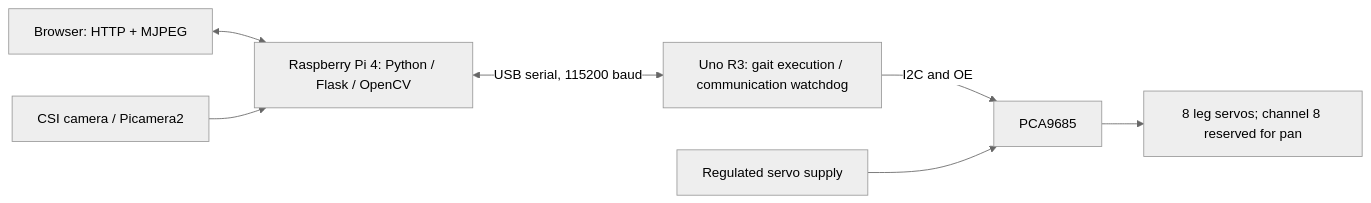
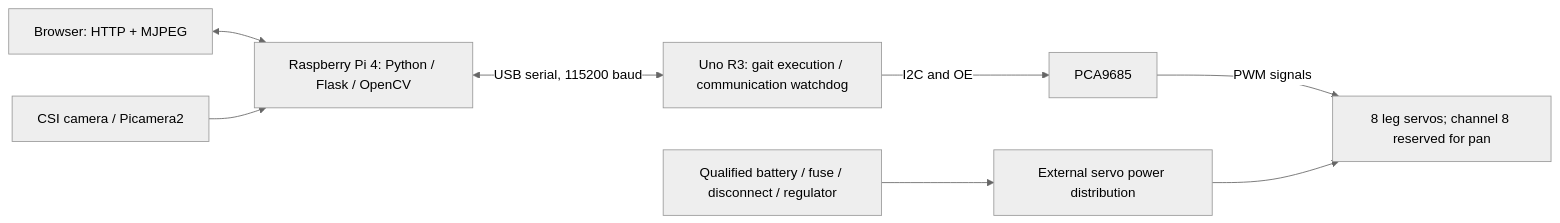
Before and after one commit to diyan07-ctrl/Quadruped107: the diagram in README.md, drawn with Mermaid (neutral theme). The commit also changed 6 other files, not shown here.

First line of the commit message:
docs: freeze architecture and record remaining hardware checks

````diff
--- a/README.md
+++ b/README.md
@@ -9,9 +9,10 @@
 ```mermaid
 flowchart LR
     Browser["Browser: HTTP + MJPEG"] <--> Pi["Raspberry Pi 4: Python / Flask / OpenCV"]
     Camera["CSI camera / Picamera2"] --> Pi
     Pi <-->|USB serial, 115200 baud| Uno["Uno R3: gait execution / communication watchdog"]
     Uno -->|I2C and OE| PWM["PCA9685"]
-    Supply["Regulated servo supply"] --> PWM
-    PWM --> Servos["8 leg servos; channel 8 reserved for pan"]
+    PWM -->|PWM signals| Servos["8 leg servos; channel 8 reserved for pan"]
+    Supply["Qualified battery / fuse / disconnect / regulator"] --> Distribution["External servo power distribution"]
+    Distribution --> Servos
 ```
````
